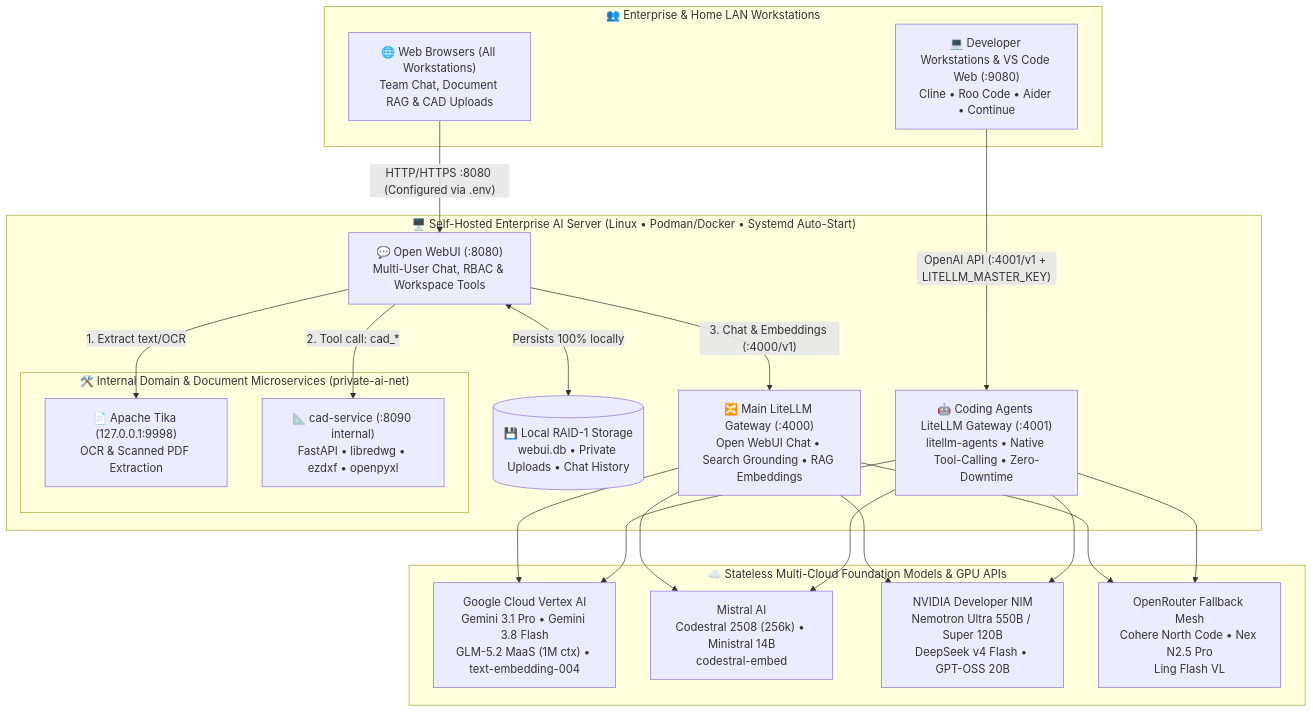
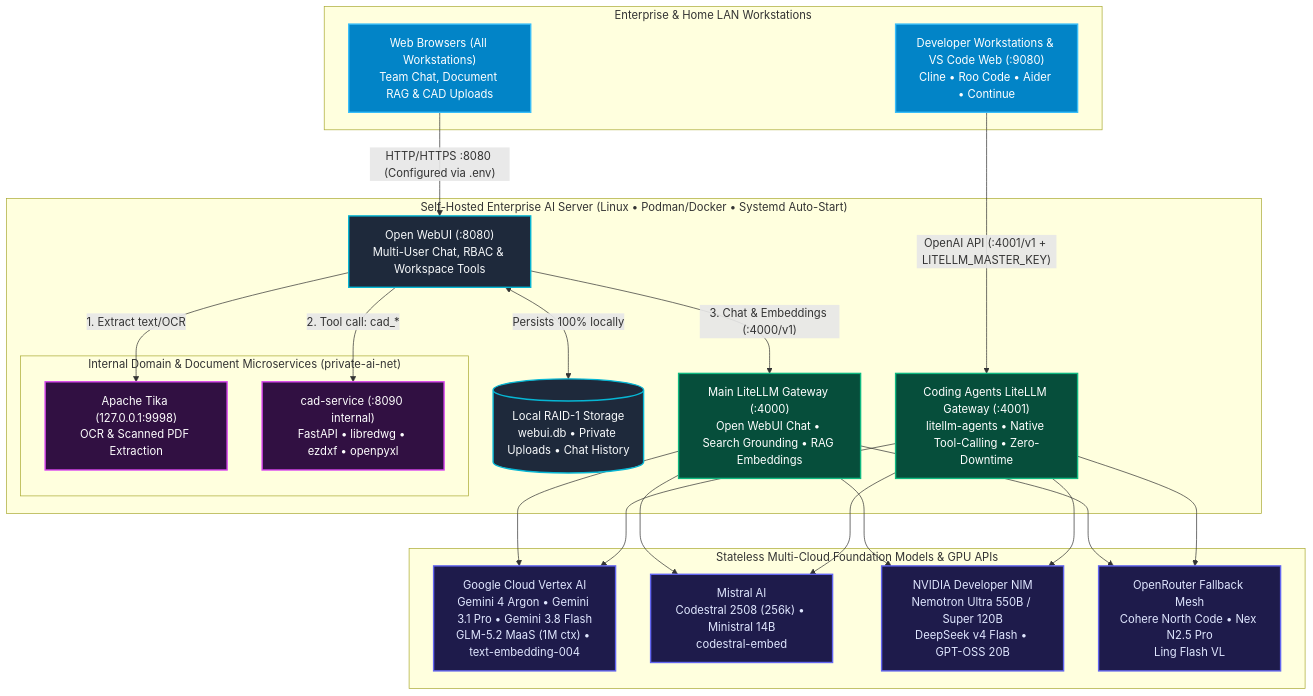
One commit to AI-Governance-Lab/private-enterprise-ai-hub changed the first of 2 diagrams in README.md. Above: the diagram before and after it, drawn with Mermaid.

Commit message:
docs(readme): fix Mermaid multi-line br syntax and add color styling

````diff
--- a/README.md
+++ b/README.md
@@ -56,44 +56,50 @@
 ```mermaid
-graph TB
-    subgraph Clients["👥 Enterprise & Home LAN Workstations"]
-        Browser["🌐 Web Browsers (All Workstations)\nTeam Chat, Document RAG & CAD Uploads"]
-        IDEs["💻 Developer Workstations & VS Code Web (:9080)\nCline • Roo Code • Aider • Continue"]
+flowchart TB
+    classDef client fill:#0284c7,stroke:#38bdf8,stroke-width:2px,color:#ffffff
+    classDef hub fill:#1e293b,stroke:#06b6d4,stroke-width:2px,color:#f8fafc
+    classDef proxy fill:#064e3b,stroke:#10b981,stroke-width:2px,color:#ffffff
+    classDef internal fill:#311042,stroke:#d946ef,stroke-width:2px,color:#ffffff
+    classDef cloud fill:#1e1b4b,stroke:#6366f1,stroke-width:2px,color:#e0e7ff
+
+    subgraph Clients["Enterprise & Home LAN Workstations"]
+        Browser["Web Browsers (All Workstations)<br/>Team Chat, Document RAG & CAD Uploads"]:::client
+        IDEs["Developer Workstations & VS Code Web (:9080)<br/>Cline • Roo Code • Aider • Continue"]:::client
     end
 
-    subgraph Host["🖥️ Self-Hosted Enterprise AI Server (Linux • Podman/Docker • Systemd Auto-Start)"]
-        WebUI["💬 Open WebUI (:8080)\nMulti-User Chat, RBAC & Workspace Tools"]
-        RAID[("💾 Local RAID-1 Storage\nwebui.db • Private Uploads • Chat History")]
+    subgraph Host["Self-Hosted Enterprise AI Server (Linux • Podman/Docker • Systemd Auto-Start)"]
+        WebUI["Open WebUI (:8080)<br/>Multi-User Chat, RBAC & Workspace Tools"]:::hub
+        RAID[("Local RAID-1 Storage<br/>webui.db • Private Uploads • Chat History")]:::hub
 
-        ProxyChat["🔀 Main LiteLLM Gateway (:4000)\nOpen WebUI Chat • Search Grounding • RAG Embeddings"]
-        ProxyAgents["🤖 Coding Agents LiteLLM Gateway (:4001)\nlitellm-agents • Native Tool-Calling • Zero-Downtime"]
+        ProxyChat["Main LiteLLM Gateway (:4000)<br/>Open WebUI Chat • Search Grounding • RAG Embeddings"]:::proxy
+        ProxyAgents["Coding Agents LiteLLM Gateway (:4001)<br/>litellm-agents • Native Tool-Calling • Zero-Downtime"]:::proxy
 
-        subgraph InternalServices["🛠️ Internal Domain & Document Microservices (private-ai-net)"]
-            Tika["📄 Apache Tika (127.0.0.1:9998)\nOCR & Scanned PDF Extraction"]
-            CAD["📐 cad-service (:8090 internal)\nFastAPI • libredwg • ezdxf • openpyxl"]
+        subgraph InternalServices["Internal Domain & Document Microservices (private-ai-net)"]
+            Tika["Apache Tika (127.0.0.1:9998)<br/>OCR & Scanned PDF Extraction"]:::internal
+            CAD["cad-service (:8090 internal)<br/>FastAPI • libredwg • ezdxf • openpyxl"]:::internal
         end
     end
 
-    subgraph CloudProviders["☁️ Stateless Multi-Cloud Foundation Models & GPU APIs"]
-        Vertex["Google Cloud Vertex AI\nGemini 3.1 Pro • Gemini 3.8 Flash\nGLM-5.2 MaaS (1M ctx) • text-embedding-004"]
-        Mistral["Mistral AI\nCodestral 2508 (256k) • Ministral 14B\ncodestral-embed"]
-        NIM["NVIDIA Developer NIM\nNemotron Ultra 550B / Super 120B\nDeepSeek v4 Flash • GPT-OSS 20B"]
-        OR["OpenRouter Fallback Mesh\nCohere North Code • Nex N2.5 Pro\nLing Flash VL"]
+    subgraph CloudProviders["Stateless Multi-Cloud Foundation Models & GPU APIs"]
+        Vertex["Google Cloud Vertex AI<br/>Gemini 4 Argon • Gemini 3.1 Pro • Gemini 3.8 Flash<br/>GLM-5.2 MaaS (1M ctx) • text-embedding-004"]:::cloud
+        Mistral["Mistral AI<br/>Codestral 2508 (256k) • Ministral 14B<br/>codestral-embed"]:::cloud
+        NIM["NVIDIA Developer NIM<br/>Nemotron Ultra 550B / Super 120B<br/>DeepSeek v4 Flash • GPT-OSS 20B"]:::cloud
+        OR["OpenRouter Fallback Mesh<br/>Cohere North Code • Nex N2.5 Pro<br/>Ling Flash VL"]:::cloud
     end
 
     Browser -->|"HTTP/HTTPS :8080 (Configured via .env)"| WebUI
     WebUI <-->|"Persists 100% locally"| RAID
     WebUI -->|"1. Extract text/OCR"| Tika
     WebUI -->|"2. Tool call: cad_*"| CAD
     WebUI -->|"3. Chat & Embeddings (:4000/v1)"| ProxyChat
     IDEs -->|"OpenAI API (:4001/v1 + LITELLM_MASTER_KEY)"| ProxyAgents
 
     ProxyChat --> Vertex
     ProxyChat --> Mistral
     ProxyChat --> NIM
     ProxyChat --> OR
 
     ProxyAgents --> Vertex
     ProxyAgents --> Mistral
     ProxyAgents --> NIM
     ProxyAgents --> OR
 ```
````
